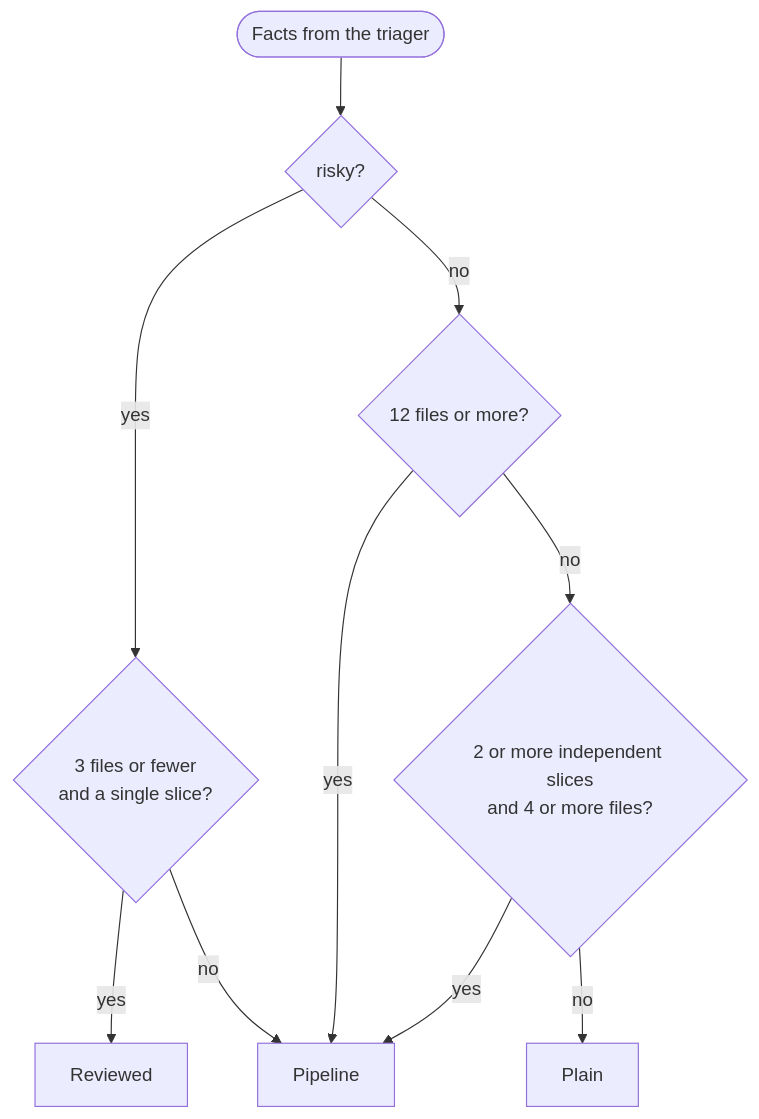
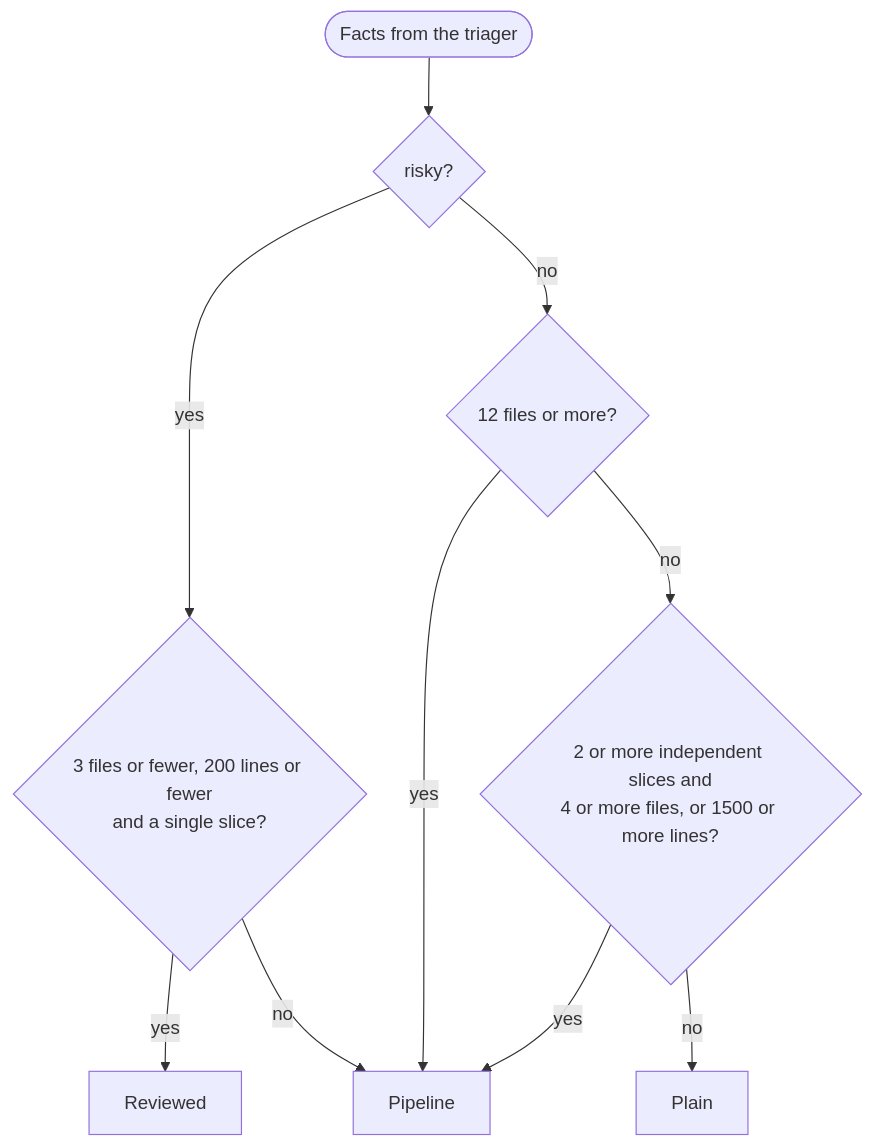
Before and after one commit to 0xcvaliente/claude-code-orchestration: the fourth of 5 diagrams in README.md, drawn with Mermaid. The commit also changed other lines of this file and 27 other files, not shown here.

````diff
--- a/README.md
+++ b/README.md
@@ -160,12 +160,12 @@
 ```mermaid
 flowchart TD
     S([Facts from the triager]) --> Q1{"risky?"}
-    Q1 -->|yes| Q2{"3 files or fewer<br/>and a single slice?"}
+    Q1 -->|yes| Q2{"3 files or fewer, 200 lines or fewer<br/>and a single slice?"}
     Q2 -->|yes| REV["Reviewed"]
     Q2 -->|no| ORC["Pipeline"]
     Q1 -->|no| Q3{"12 files or more?"}
     Q3 -->|yes| ORC
-    Q3 -->|no| Q4{"2 or more independent slices<br/>and 4 or more files?"}
+    Q3 -->|no| Q4{"2 or more independent slices and<br/>4 or more files, or 1500 or more lines?"}
     Q4 -->|yes| ORC
     Q4 -->|no| PLA["Plain"]
 ```
````
